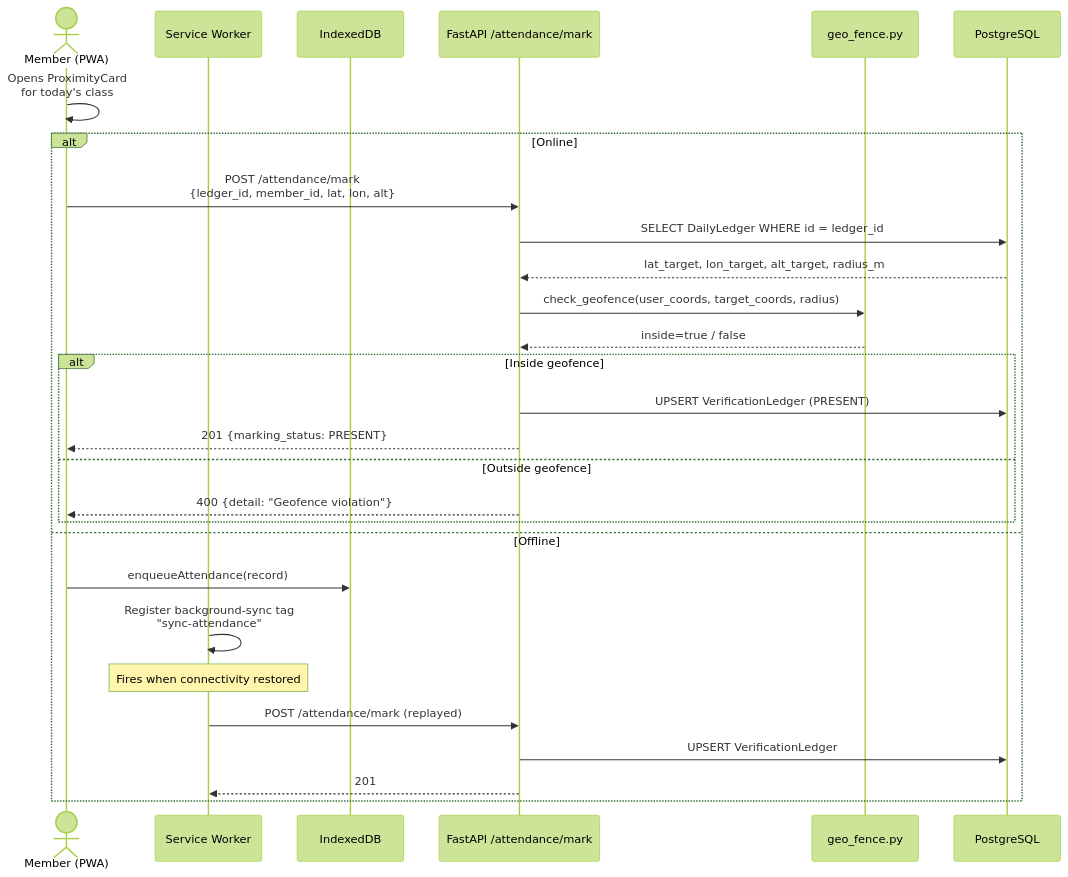
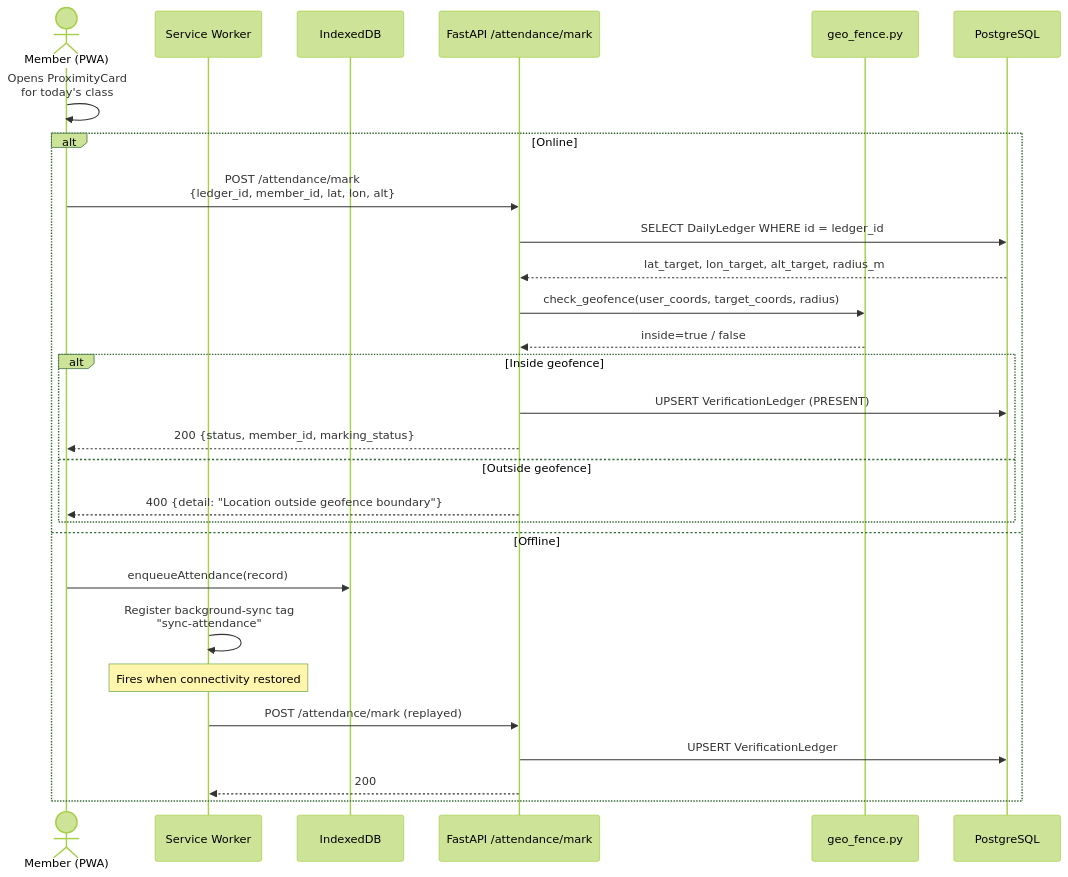
One commit to Life-Experimentalist/Chronos-Ledger changed the first of 4 diagrams in docs/flows.md. Above: the diagram before and after it, drawn with Mermaid (forest theme). The commit also changed other lines of this file and 6 other files, not shown here.

````diff
--- a/docs/flows.md
+++ b/docs/flows.md
@@ -12,32 +12,32 @@
 ```mermaid
 sequenceDiagram
     actor Stu as Member (PWA)
     participant SW as Service Worker
     participant IDB as IndexedDB
     participant API as FastAPI /attendance/mark
     participant GF as geo_fence.py
     participant DB as PostgreSQL
 
     Stu->>Stu: Opens ProximityCard<br/>for today's class
 
     alt Online
         Stu->>API: POST /attendance/mark<br/>{ledger_id, member_id, lat, lon, alt}
         API->>DB: SELECT DailyLedger WHERE id = ledger_id
         DB-->>API: lat_target, lon_target, alt_target, radius_m
         API->>GF: check_geofence(user_coords, target_coords, radius)
         GF-->>API: inside=true / false
         alt Inside geofence
             API->>DB: UPSERT VerificationLedger (PRESENT)
-            API-->>Stu: 201 {marking_status: PRESENT}
+            API-->>Stu: 200 {status, member_id, marking_status}
         else Outside geofence
-            API-->>Stu: 400 {detail: "Geofence violation"}
+            API-->>Stu: 400 {detail: "Location outside geofence boundary"}
         end
     else Offline
         Stu->>IDB: enqueueAttendance(record)
         SW->>SW: Register background-sync tag<br/>"sync-attendance"
         Note over SW: Fires when connectivity restored
         SW->>API: POST /attendance/mark (replayed)
         API->>DB: UPSERT VerificationLedger
-        API-->>SW: 201
+        API-->>SW: 200
     end
 ```
````
